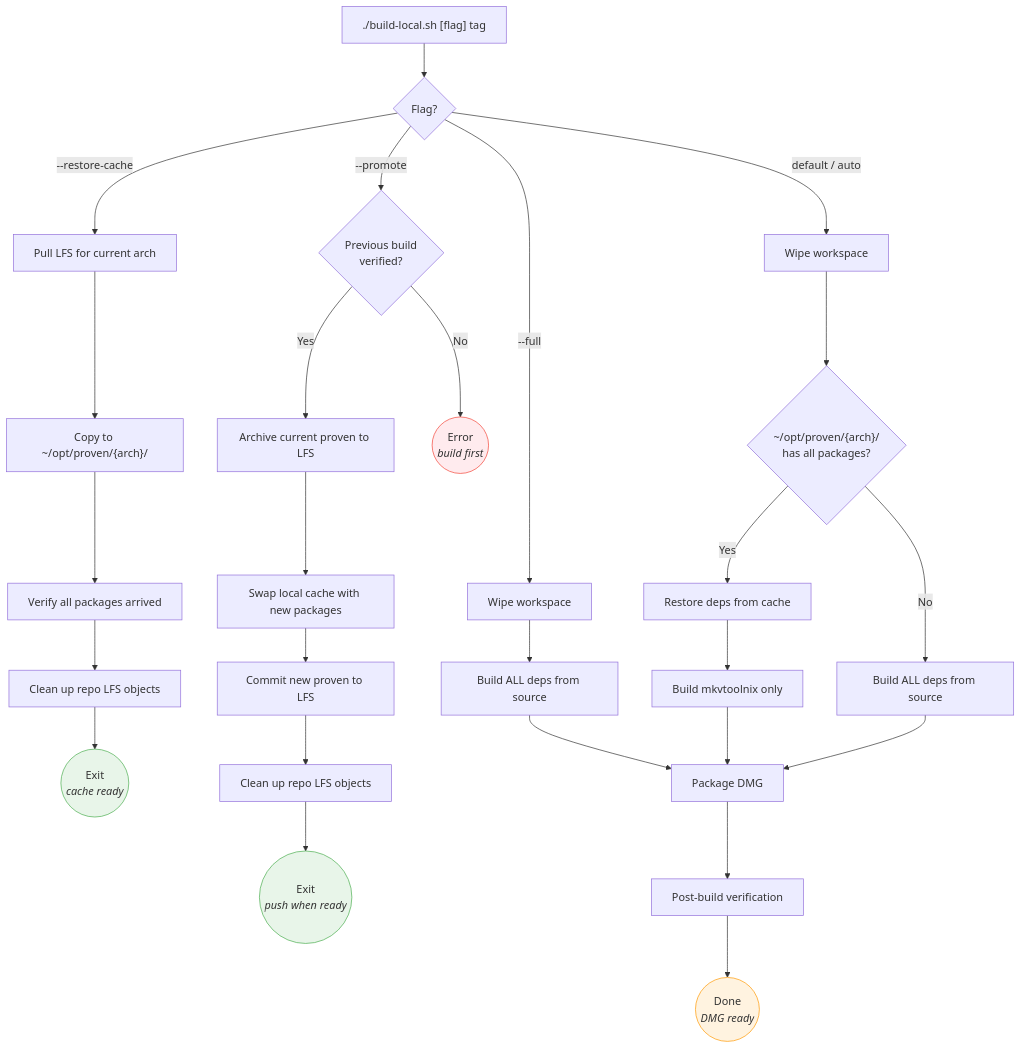
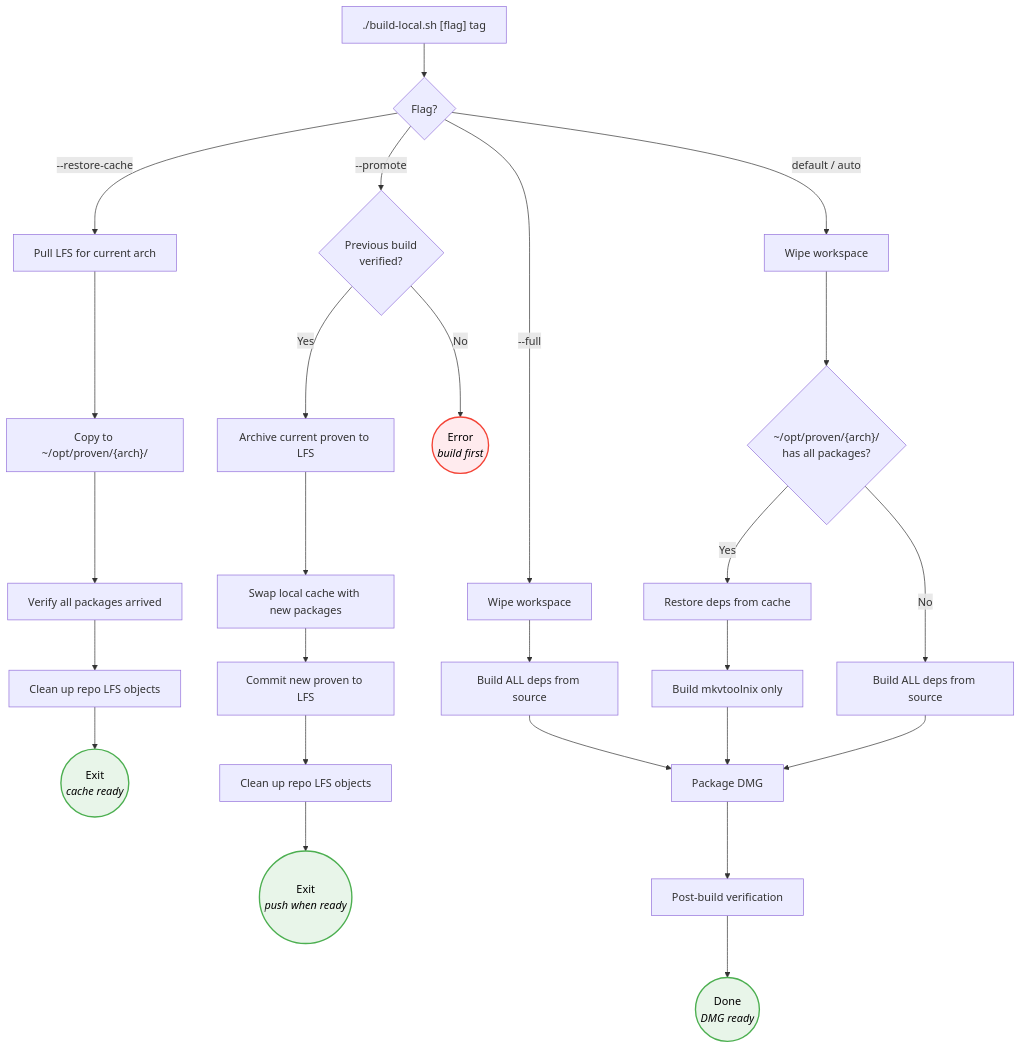
One commit to CorticalCode/mkvtoolnix-macos-arm changed the second of 5 diagrams in docs/build-workflow.md. Above: the diagram before and after it, drawn with Mermaid. The commit also changed other lines of this file and 2 other files, not shown here.

First line of the commit message:
docs: improve diagram readability and tighten guide content

````diff
--- a/docs/build-workflow.md
+++ b/docs/build-workflow.md
@@ -39,38 +38,38 @@
 ```mermaid
 flowchart TD
     START["./build-local.sh [flag] tag"] --> MODE{Flag?}
 
     MODE -->|--restore-cache| RC1["Pull LFS for current arch"]
     RC1 --> RC2["Copy to ~/opt/proven/{arch}/"]
     RC2 --> RC3["Verify all packages arrived"]
     RC3 --> RC4["Clean up repo LFS objects"]
     RC4 --> RC5(("Exit<br/><i>cache ready</i>"))
 
     MODE -->|--full| F1["Wipe workspace"]
     F1 --> F2["Build ALL deps from source"]
     F2 --> POST
 
     MODE -->|default / auto| A1["Wipe workspace"]
     A1 --> A2{"~/opt/proven/{arch}/<br/>has all packages?"}
     A2 -->|Yes| A3["Restore deps from cache"]
     A3 --> A4["Build mkvtoolnix only"]
     A4 --> POST
     A2 -->|No| A5["Build ALL deps from source"]
     A5 --> POST
 
     MODE -->|--promote| P1{"Previous build<br/>verified?"}
     P1 -->|No| P2(("Error<br/><i>build first</i>"))
     P1 -->|Yes| P3["Archive current proven to LFS"]
     P3 --> P4["Swap local cache with new packages"]
     P4 --> P5["Commit new proven to LFS"]
     P5 --> P6["Clean up repo LFS objects"]
     P6 --> P7(("Exit<br/><i>push when ready</i>"))
 
     POST["Package DMG"] --> VERIFY["Post-build verification"]
     VERIFY --> DONE(("Done<br/><i>DMG ready</i>"))
 
-    style RC5 fill:#e8f5e9,stroke:#4caf50
-    style P2 fill:#ffebee,stroke:#f44336
-    style P7 fill:#e8f5e9,stroke:#4caf50
-    style DONE fill:#fff3e0,stroke:#ff9800
+    style RC5 fill:#e8f5e9,stroke:#4caf50,stroke-width:2px,color:#000
+    style P2 fill:#ffebee,stroke:#f44336,stroke-width:2px,color:#000
+    style P7 fill:#e8f5e9,stroke:#4caf50,stroke-width:2px,color:#000
+    style DONE fill:#e8f5e9,stroke:#4caf50,stroke-width:2px,color:#000
 ```
````
